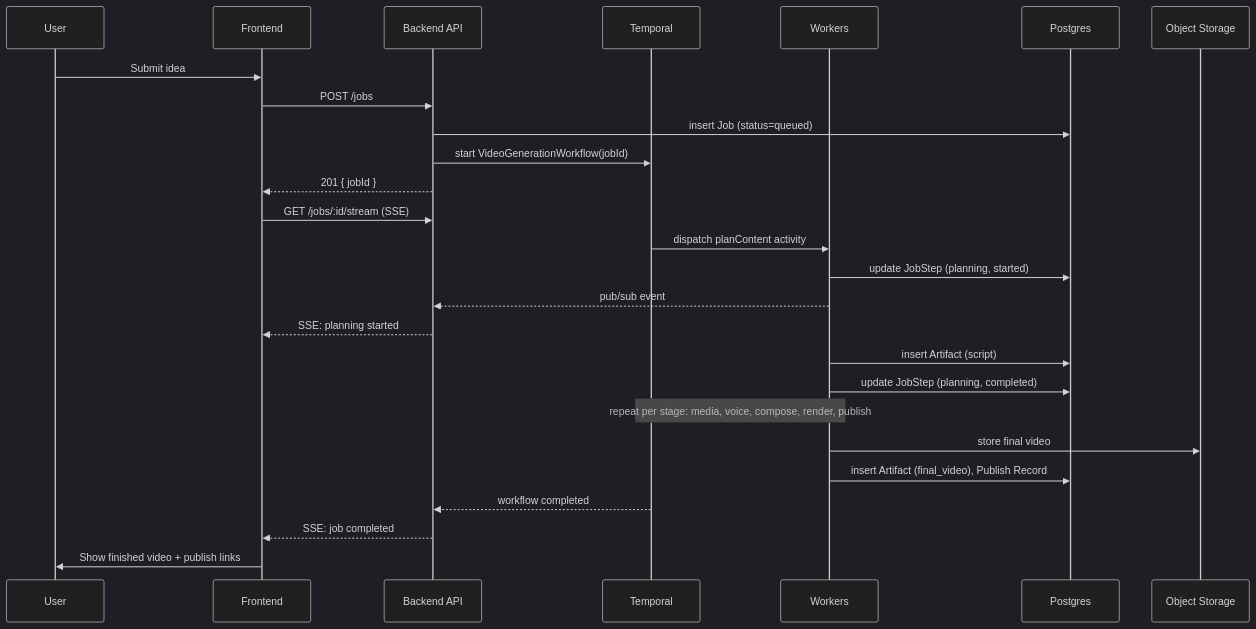
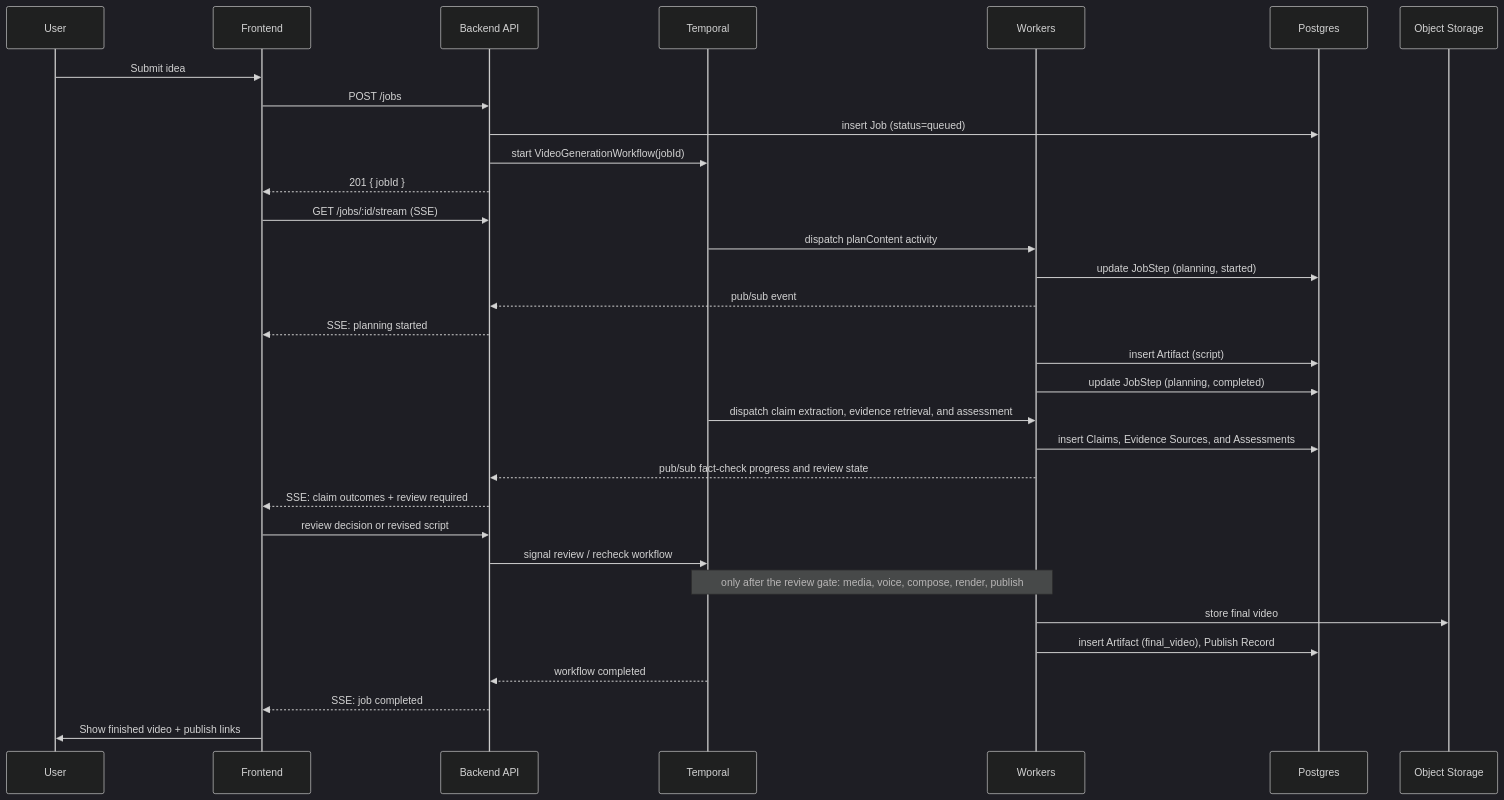
The second of 4 diagrams in ARCHITECTURE.md (WillyPhan06/e2ecg), drawn with Mermaid (dark theme) before and after one commit. The commit also changed other lines of this file and 2 other files, not shown here.

Commit message:
Updated readme, architecture, and todo with extra fact check layer

````diff
--- a/ARCHITECTURE.md
+++ b/ARCHITECTURE.md
@@ -125,29 +157,35 @@
 ```mermaid
 sequenceDiagram
     participant U as User
     participant FE as Frontend
     participant API as Backend API
     participant T as Temporal
     participant W as Workers
     participant DB as Postgres
     participant S3 as Object Storage
 
     U->>FE: Submit idea
     FE->>API: POST /jobs
     API->>DB: insert Job (status=queued)
     API->>T: start VideoGenerationWorkflow(jobId)
     API-->>FE: 201 { jobId }
     FE->>API: GET /jobs/:id/stream (SSE)
     T->>W: dispatch planContent activity
     W->>DB: update JobStep (planning, started)
     W-->>API: pub/sub event
     API-->>FE: SSE: planning started
     W->>DB: insert Artifact (script)
     W->>DB: update JobStep (planning, completed)
-    Note over T,W: repeat per stage: media, voice, compose, render, publish
+    T->>W: dispatch claim extraction, evidence retrieval, and assessment
+    W->>DB: insert Claims, Evidence Sources, and Assessments
+    W-->>API: pub/sub fact-check progress and review state
+    API-->>FE: SSE: claim outcomes + review required
+    FE->>API: review decision or revised script
+    API->>T: signal review / recheck workflow
+    Note over T,W: only after the review gate: media, voice, compose, render, publish
     W->>S3: store final video
     W->>DB: insert Artifact (final_video), Publish Record
     T-->>API: workflow completed
     API-->>FE: SSE: job completed
     FE->>U: Show finished video + publish links
 ```
````
